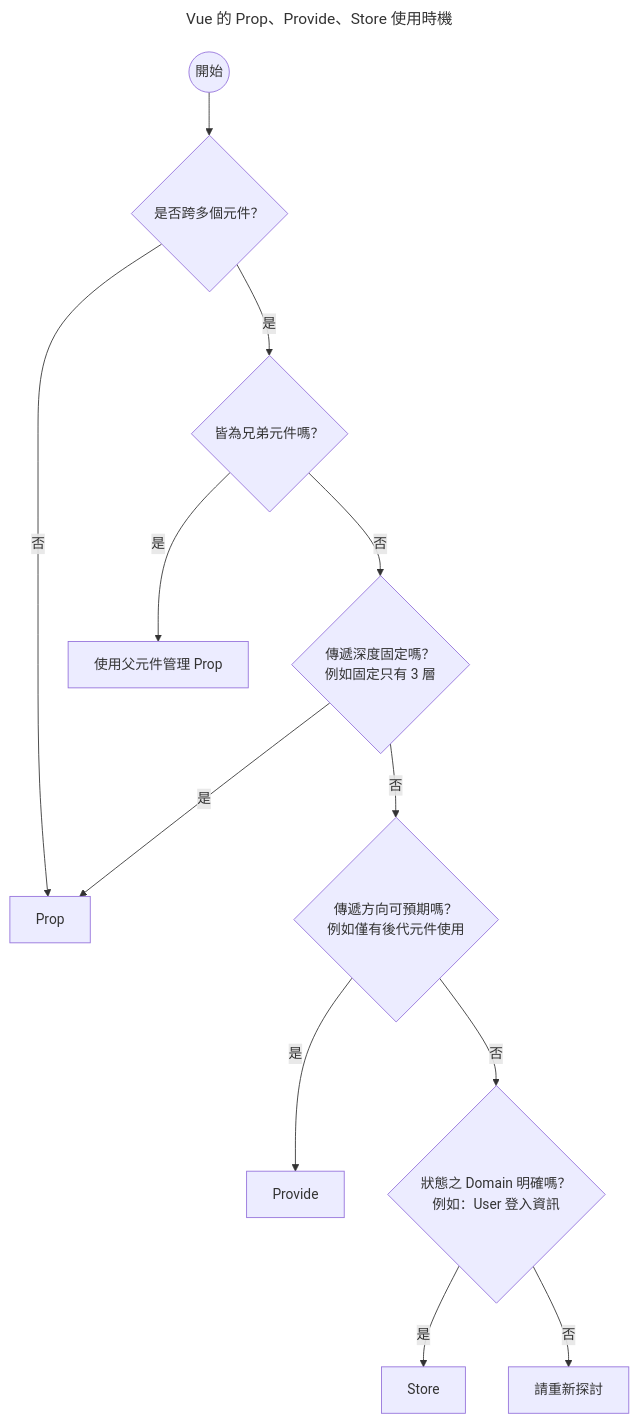
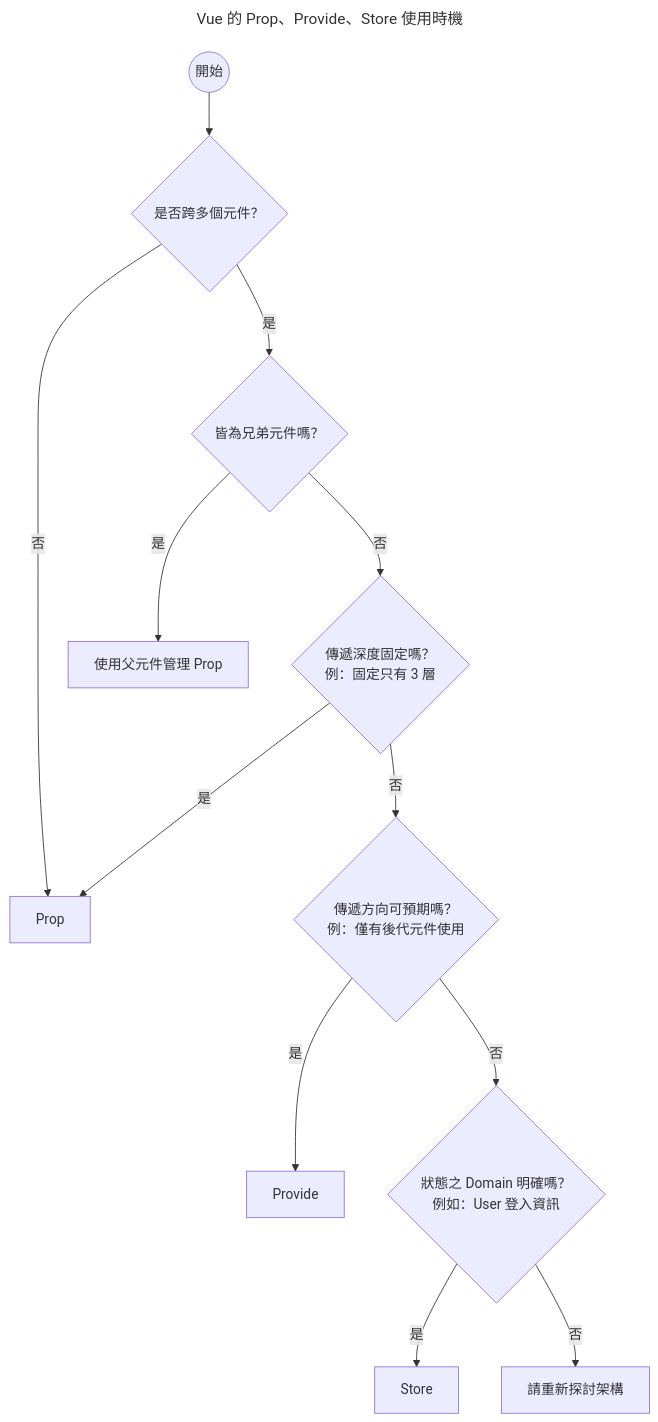
Before and after one commit to Codfisher/cod-aquarium: the diagram in content/blog-vue/241212.about-vue-data-flow.md, drawn with Mermaid.

````diff
--- a/content/blog-vue/241212.about-vue-data-flow.md
+++ b/content/blog-vue/241212.about-vue-data-flow.md
@@ -31,31 +31,31 @@
 ```mermaid
 ---
 title: Vue 的 Prop、Provide、Store 使用時機
 ---
 
 flowchart TD
     A((開始)) --> B{是否跨多個元件？}
 
     B --否--> R1
     B --是--> C{皆為兄弟元件嗎？}
 
     C --是--> R2
     C --否--> D{傳遞深度固定嗎？
-    例如固定只有 3 層}
+    例：固定只有 3 層}
 
     D --是--> R1
     D --否--> E{傳遞方向可預期嗎？
-    例如僅有後代元件使用}
+    例：僅有後代元件使用}
 
     E --是--> R3
     E --否--> F{狀態之 Domain 明確嗎？
     例如：User 登入資訊}
 
     F --是--> R4
-    F --否--> 請重新探討
+    F --否--> 請重新探討架構
 
     R1[Prop]
     R2[使用父元件管理 Prop]
     R3[Provide]
     R4[Store]
 ```
````
